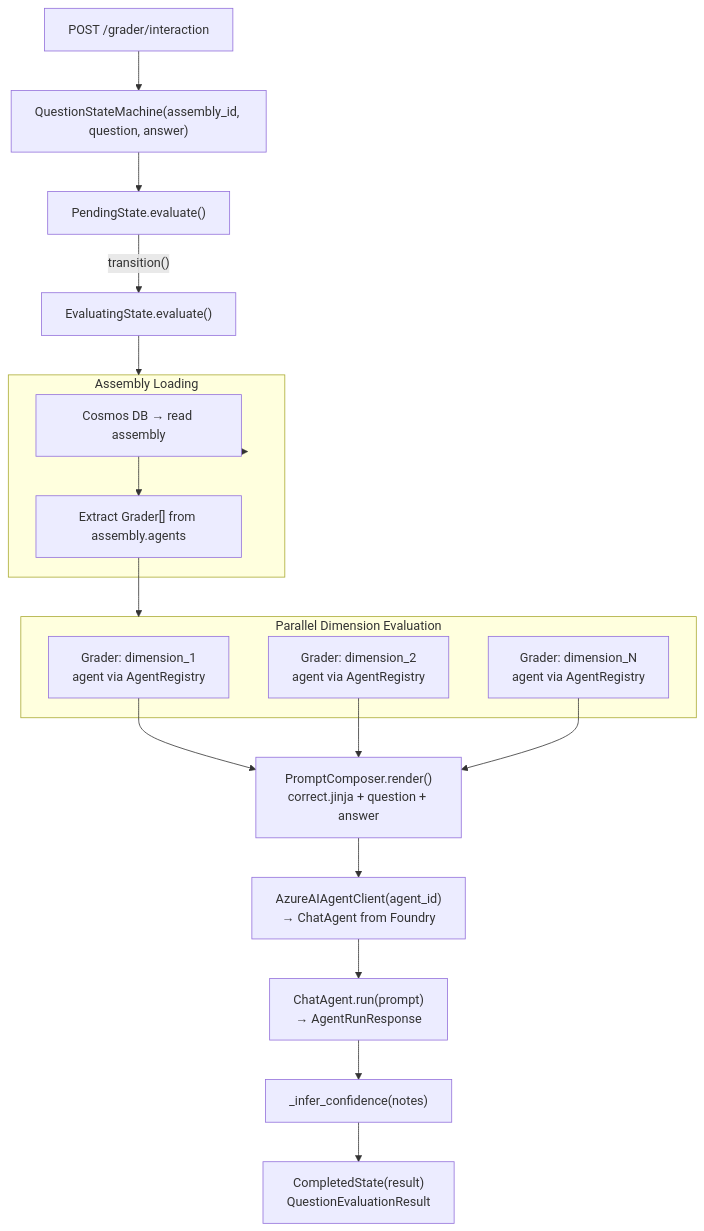
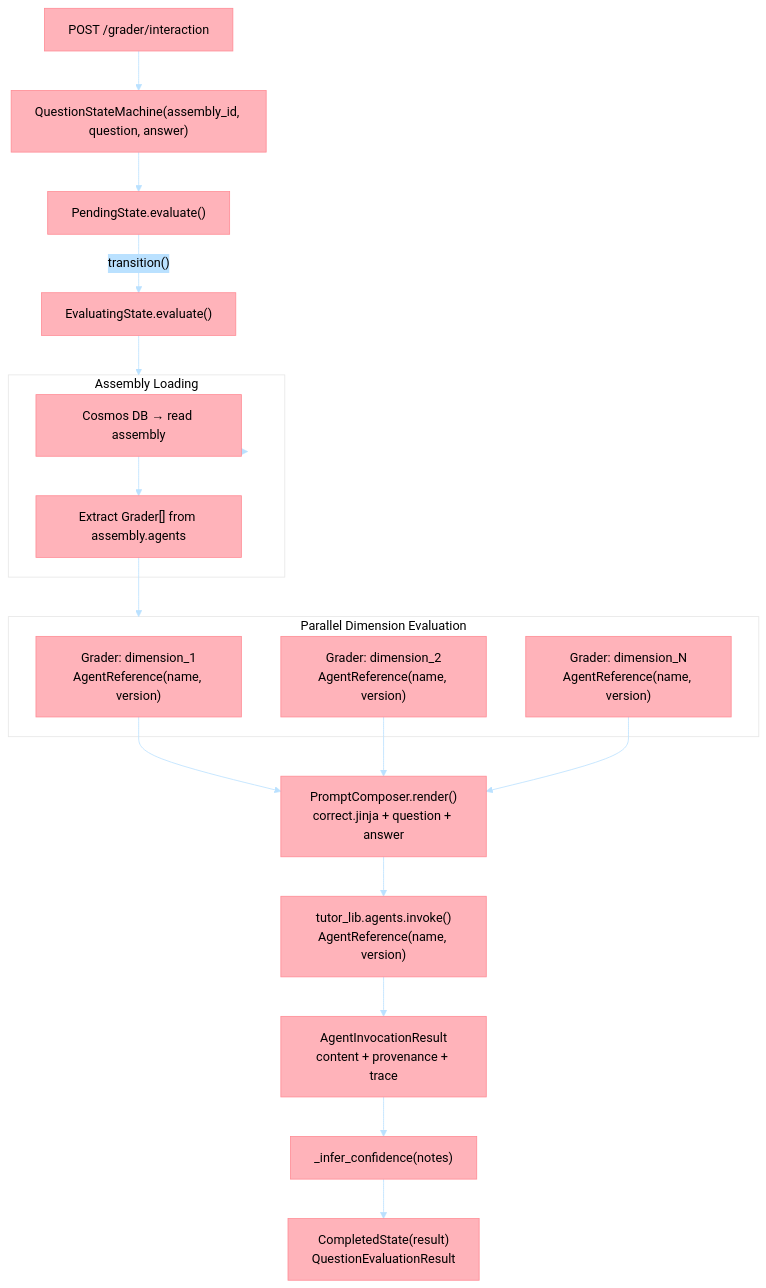
One commit to Azure-Samples/tutor changed diagram 19 of 26 in docs/architecture.md. Above: the diagram before and after it, drawn with Mermaid. The commit also changed other lines of this file and 41 other files, not shown here.

Commit message:
docs: consolidate current architecture decisions

````diff
--- a/docs/architecture.md
+++ b/docs/architecture.md
@@ -887,34 +1015,42 @@
 ```mermaid
+%%{init: {'theme':'base', 'themeVariables': {
+  'primaryColor':'#FFB3BA',
+  'primaryTextColor':'#000',
+  'primaryBorderColor':'#FF8B94',
+  'lineColor':'#BAE1FF',
+  'secondaryColor':'#BAE1FF',
+  'tertiaryColor':'#FFFFFF'
+}}}%%
 flowchart TD
     API["POST /grader/interaction"]
     MACHINE["QuestionStateMachine(assembly_id, question, answer)"]
     PENDING["PendingState.evaluate()"]
     EVALUATING["EvaluatingState.evaluate()"]
 
     subgraph Assembly["Assembly Loading"]
         COSMOS_READ["Cosmos DB → read assembly"]
         GRADERS["Extract Grader[] from assembly.agents"]
     end
 
     subgraph Parallel["Parallel Dimension Evaluation"]
-        DIM1["Grader: dimension_1\nagent via AgentRegistry"]
-        DIM2["Grader: dimension_2\nagent via AgentRegistry"]
-        DIM_N["Grader: dimension_N\nagent via AgentRegistry"]
+        DIM1["Grader: dimension_1\nAgentReference(name, version)"]
+        DIM2["Grader: dimension_2\nAgentReference(name, version)"]
+        DIM_N["Grader: dimension_N\nAgentReference(name, version)"]
     end
 
     PROMPT["PromptComposer.render()\ncorrect.jinja + question + answer"]
-    AGENT["AzureAIAgentClient(agent_id)\n→ ChatAgent from Foundry"]
-    RUN["ChatAgent.run(prompt)\n→ AgentRunResponse"]
+    AGENT["tutor_lib.agents.invoke()\nAgentReference(name, version)"]
+    RUN["AgentInvocationResult\ncontent + provenance + trace"]
     CONFIDENCE["_infer_confidence(notes)"]
     COMPLETED["CompletedState(result)\nQuestionEvaluationResult"]
 
     API --> MACHINE --> PENDING
     PENDING -->|"transition()"| EVALUATING
     EVALUATING --> Assembly
     Assembly --> COSMOS_READ --> GRADERS
     GRADERS --> Parallel
     DIM1 --> PROMPT --> AGENT --> RUN
     DIM2 --> PROMPT
     DIM_N --> PROMPT
     RUN --> CONFIDENCE --> COMPLETED
 ```
````
